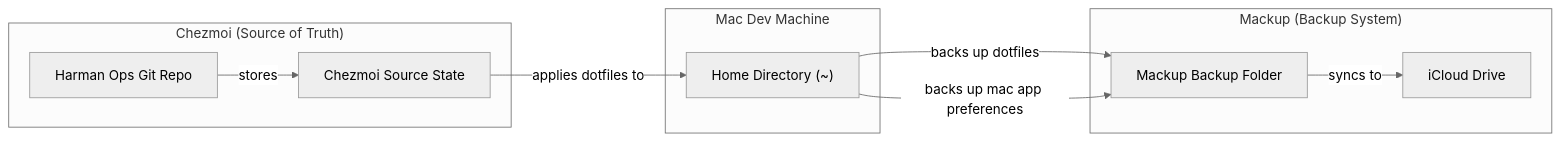
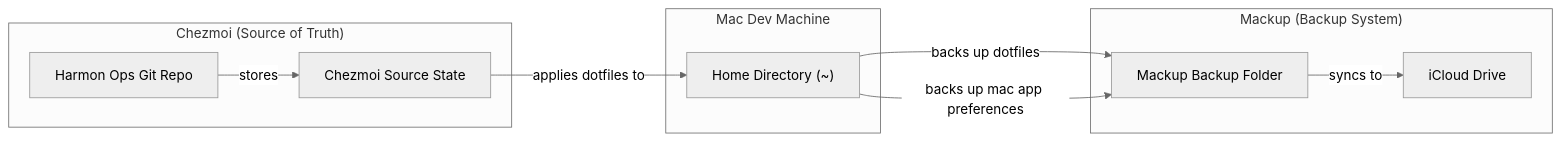
One commit to evanharmon1/harmon-ops changed the diagram in README.md. Above: the diagram before and after it, drawn with Mermaid (neutral theme). The commit also changed other lines of this file and 4 other files, not shown here.

````diff
--- a/README.md
+++ b/README.md
@@ -69,23 +71,23 @@
 ```mermaid
 flowchart LR
     subgraph Mac["Mac Dev Machine"]
         Home["Home Directory (~)"]
     end
 
     subgraph Chezmoi["Chezmoi (Source of Truth)"]
         ChezmoiState["Chezmoi Source State"]
-        HarmanOpsRepo["Harman Ops Git Repo"]
+        HarmonOpsRepo["Harmon Ops Git Repo"]
     end
 
     subgraph Mackup["Mackup (Backup System)"]
         MackupBackup["Mackup Backup Folder"]
         iCloud["iCloud Drive"]
     end
 
     ChezmoiState -->|applies dotfiles to| Home
-    HarmanOpsRepo -->|stores| ChezmoiState
+    HarmonOpsRepo -->|stores| ChezmoiState
 
     Home -->|backs up dotfiles| MackupBackup
     Home -->|backs up mac app preferences| MackupBackup
     MackupBackup -->|syncs to| iCloud
 ```
````
